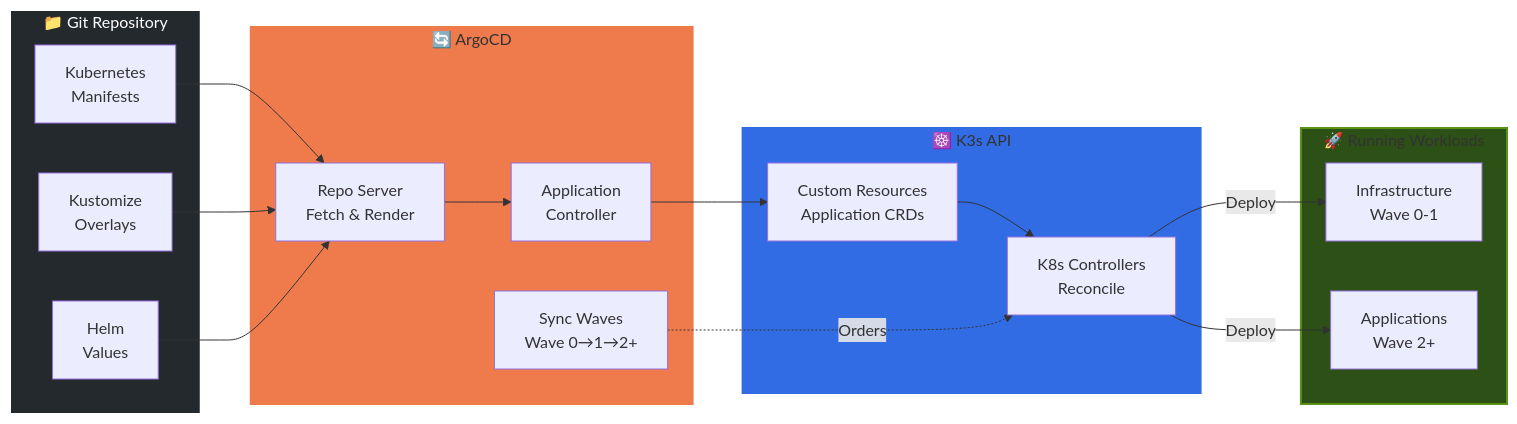
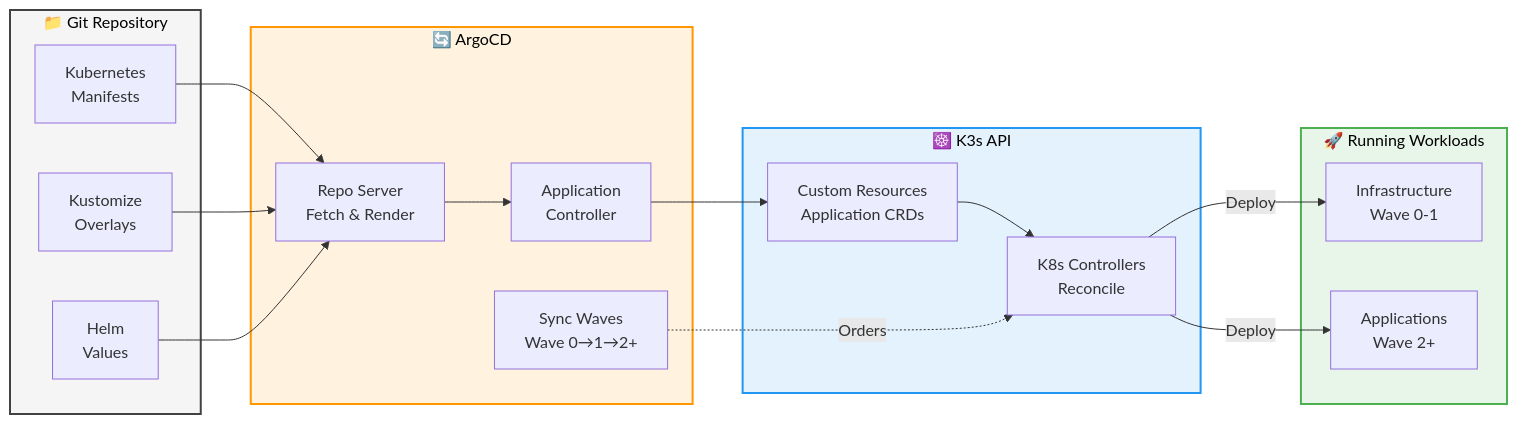
One commit to seadogger-tech/seadogger-homelab changed the third of 6 diagrams in docs/wiki/02-Architecture.md. Above: the diagram before and after it, drawn with Mermaid. The commit also changed other lines of this file and 1 other file, not shown here.

First line of the commit message:
Update all Mermaid diagram colors for light/dark mode compatibility

````diff
--- a/docs/wiki/02-Architecture.md
+++ b/docs/wiki/02-Architecture.md
@@ -173,42 +173,42 @@
 ```mermaid
 graph LR
     subgraph Git["📁 Git Repository"]
         Manifests[Kubernetes<br/>Manifests]
         Kustomize[Kustomize<br/>Overlays]
         Helm[Helm<br/>Values]
     end
 
     subgraph ArgoCD["🔄 ArgoCD"]
         RepoServer[Repo Server<br/>Fetch & Render]
         AppController[Application<br/>Controller]
         SyncWaves[Sync Waves<br/>Wave 0→1→2+]
     end
 
     subgraph K3s["☸️ K3s API"]
         CRDs[Custom Resources<br/>Application CRDs]
         Controllers[K8s Controllers<br/>Reconcile]
     end
 
     subgraph Cluster["🚀 Running Workloads"]
         Infra[Infrastructure<br/>Wave 0-1]
         Applications[Applications<br/>Wave 2+]
     end
 
     Manifests --> RepoServer
     Kustomize --> RepoServer
     Helm --> RepoServer
 
     RepoServer --> AppController
     AppController --> CRDs
 
     CRDs --> Controllers
     SyncWaves -.->|Orders| Controllers
 
     Controllers -->|Deploy| Infra
     Controllers -->|Deploy| Applications
 
-    style Git fill:#24292e,stroke:#ffffff,stroke-width:2px,color:#fff
-    style ArgoCD fill:#ef7b4d,stroke:#ef7b4d,stroke-width:2px
-    style K3s fill:#326ce5,stroke:#326ce5,stroke-width:2px
-    style Cluster fill:#2d5016,stroke:#5a9216,stroke-width:2px
+    style Git fill:#f5f5f5,stroke:#424242,stroke-width:2px,color:#000
+    style ArgoCD fill:#fff3e0,stroke:#ff9800,stroke-width:2px,color:#000
+    style K3s fill:#e3f2fd,stroke:#2196f3,stroke-width:2px,color:#000
+    style Cluster fill:#e8f5e9,stroke:#4caf50,stroke-width:2px,color:#000
 ```
````
